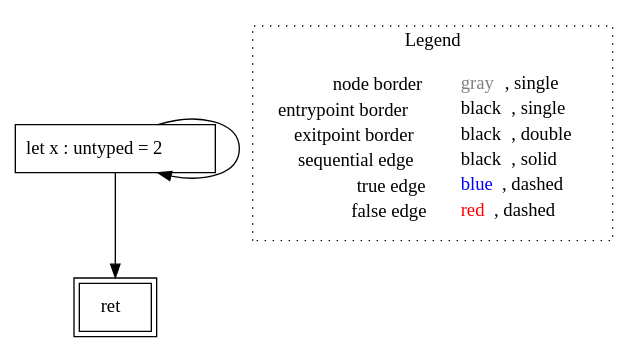
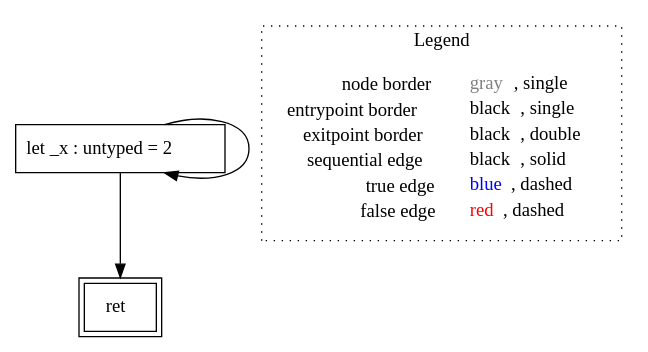
The diagram in rust-lisa/rust-testcases/cfg/loop/()_rust-testcases_cfg_loop_loop.rs.main().dot (VincenzoArceri/rust-lisa), drawn with Graphviz before and after one commit. The commit also changed 26 other files, not shown here.

```diff
--- a/rust-lisa/rust-testcases/cfg/loop/()_rust-testcases_cfg_loop_loop.rs.main().dot
+++ b/rust-lisa/rust-testcases/cfg/loop/()_rust-testcases_cfg_loop_loop.rs.main().dot
@@ -1,13 +1,13 @@
 digraph {
-	"node0" [shape="rect",color="black",label=<let x : untyped = 2>];
+	"node0" [shape="rect",color="black",label=<let _x : untyped = 2>];
 	"node1" [shape="rect",color="black",peripheries="2",label=<ret>];
+	"node0" -> "node0" [color="black"];
 	"node0" -> "node1" [color="black"];
-	"node0" -> "node0" [color="black"];
 subgraph cluster_legend {
 	label="Legend";
 	style=dotted;
 	node [shape=plaintext];
 	"legend" [label=<<table border="0" cellpadding="2" cellspacing="0" cellborder="0"><tr><td align="right">node border&nbsp;</td><td align="left"><font color="gray">gray</font>, single</td></tr><tr><td align="right">entrypoint border&nbsp;</td><td align="left"><font color="black">black</font>, single</td></tr><tr><td align="right">exitpoint border&nbsp;</td><td align="left"><font color="black">black</font>, double</td></tr><tr><td align="right">sequential edge&nbsp;</td><td align="left"><font color="black">black</font>, solid</td></tr><tr><td align="right">true edge&nbsp;</td><td align="left"><font color="blue">blue</font>, dashed</td></tr><tr><td align="right">false edge&nbsp;</td><td align="left"><font color="red">red</font>, dashed</td></tr></table>>];
 }
 
 }
```
